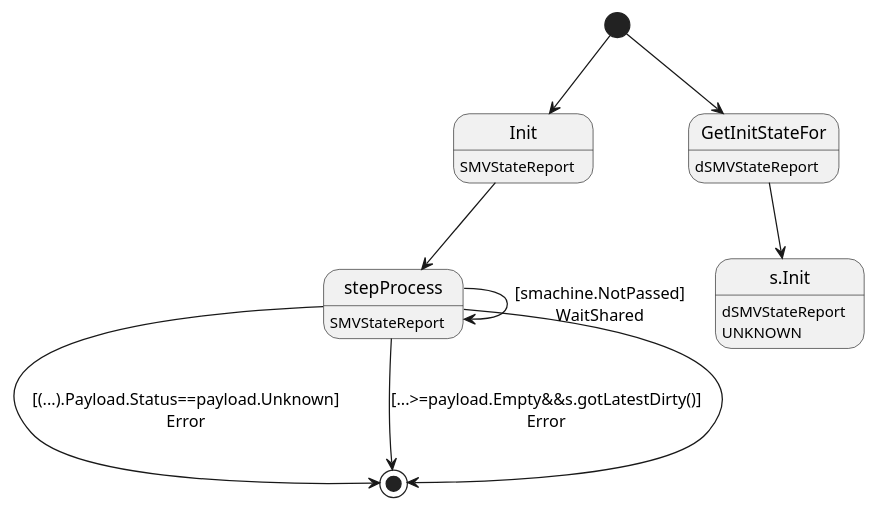
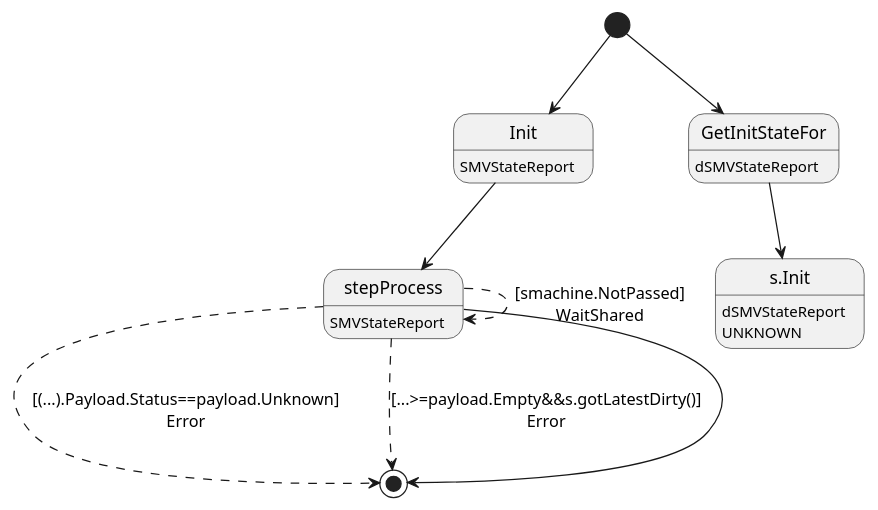
One commit to insolar/assured-ledger changed the diagram in ledger-core/virtual/handlers/vstatereport.plantuml. Above: the diagram before and after it, drawn with PlantUML. The commit also changed 15 other files, not shown here.

Commit message:
UML Update

```diff
--- a/ledger-core/virtual/handlers/vstatereport.plantuml
+++ b/ledger-core/virtual/handlers/vstatereport.plantuml
@@ -1,19 +1,19 @@
 @startuml
 state "Init" as T01_S001
 T01_S001 : SMVStateReport
 [*] --> T01_S001
 T01_S001 --> T01_S002
 state "stepProcess" as T01_S002
 T01_S002 : SMVStateReport
-T01_S002 -->[*] : [(...).Payload.Status==payload.Unknown]\nError
-T01_S002 -->[*] : [...>=payload.Empty&&s.gotLatestDirty()]\nError
-T01_S002 -> T01_S002 : [smachine.NotPassed]\nWaitShared
-T01_S002 -->[*]
+T01_S002 --[dashed]> [*] : [(...).Payload.Status==payload.Unknown]\nError
+T01_S002 --[dashed]> [*] : [...>=payload.Empty&&s.gotLatestDirty()]\nError
+T01_S002 --[dashed]> T01_S002 : [smachine.NotPassed]\nWaitShared
+T01_S002 --> [*]
 state "GetInitStateFor" as T00_S001
 T00_S001 : dSMVStateReport
 [*] --> T00_S001
 state "s.Init" as T00_U001
 T00_U001 : dSMVStateReport
 T00_U001 : UNKNOWN 
 T00_S001 --> T00_U001
 @enduml
```
